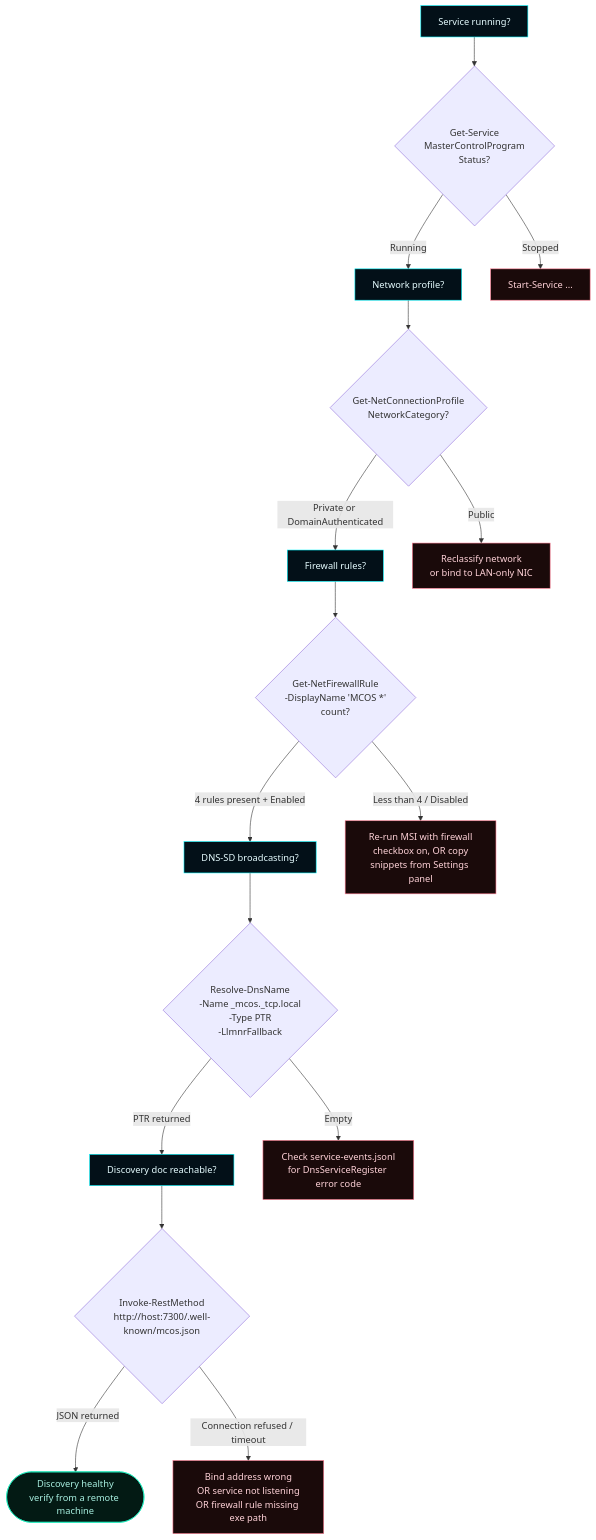
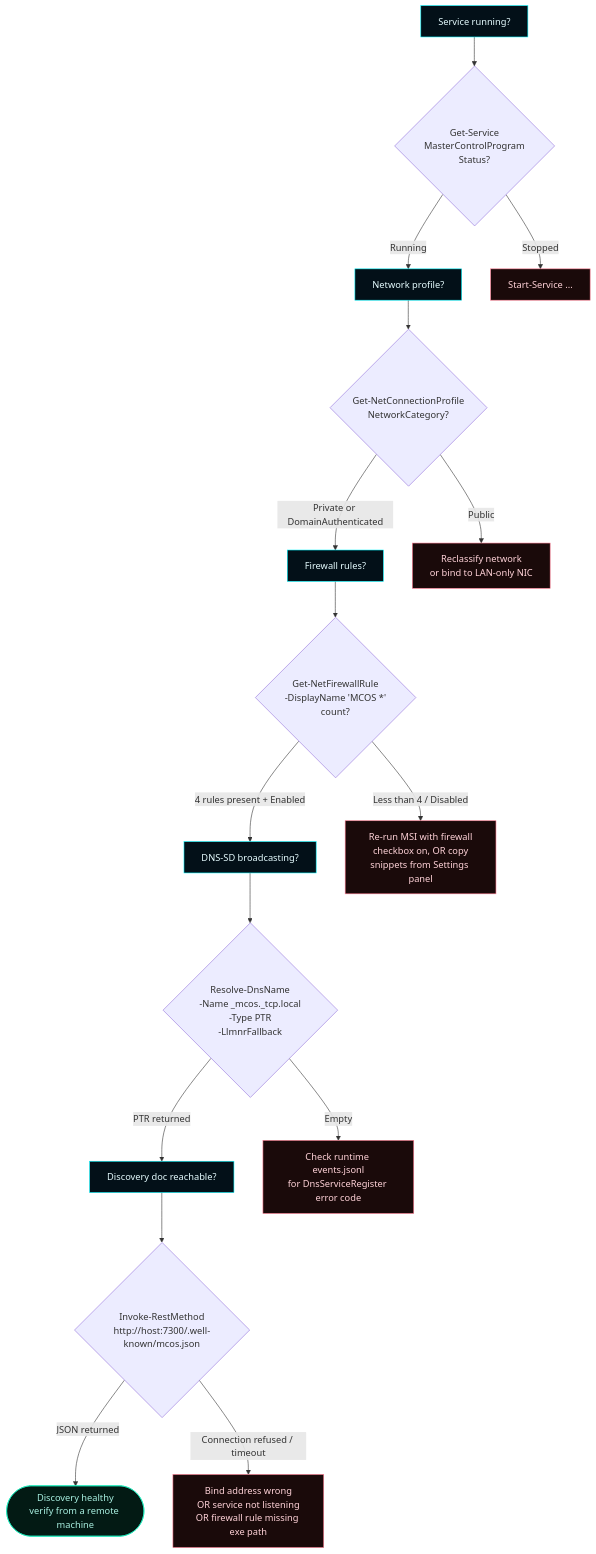
The eighth of 8 diagrams in docs/wiki/Troubleshooting.md (flynn33/Master-Control-Orchestration-Server), drawn with Mermaid before and after one commit. The commit also changed other lines of this file and 55 other files, not shown here.

````diff
--- a/docs/wiki/Troubleshooting.md
+++ b/docs/wiki/Troubleshooting.md
@@ -471,26 +471,26 @@
 ```mermaid
 flowchart TB
     classDef step fill:#031018,stroke:#00F6FF,color:#E6FCFF;
     classDef good fill:#031a14,stroke:#1cf2c1,color:#a8efe0;
     classDef bad fill:#1a0a0a,stroke:#ff7a90,color:#ffd2d8;
 
     A[Service running?]:::step --> A1{Get-Service<br/>MasterControlProgram<br/>Status?}
     A1 -->|Running| B[Network profile?]:::step
     A1 -->|Stopped| Aerr[Start-Service ...]:::bad
 
     B --> B1{Get-NetConnectionProfile<br/>NetworkCategory?}
     B1 -->|Private or DomainAuthenticated| C[Firewall rules?]:::step
     B1 -->|Public| Berr[Reclassify network<br/>or bind to LAN-only NIC]:::bad
 
     C --> C1{Get-NetFirewallRule<br/>-DisplayName 'MCOS *'<br/>count?}
     C1 -->|4 rules present + Enabled| D[DNS-SD broadcasting?]:::step
     C1 -->|Less than 4 / Disabled| Cerr[Re-run MSI with firewall<br/>checkbox on, OR copy<br/>snippets from Settings panel]:::bad
 
     D --> D1{Resolve-DnsName<br/>-Name _mcos._tcp.local<br/>-Type PTR<br/>-LlmnrFallback}
     D1 -->|PTR returned| E[Discovery doc reachable?]:::step
-    D1 -->|Empty| Derr[Check service-events.jsonl<br/>for DnsServiceRegister error code]:::bad
+    D1 -->|Empty| Derr[Check runtime events.jsonl<br/>for DnsServiceRegister error code]:::bad
 
     E --> E1{Invoke-RestMethod<br/>http://host:7300/.well-known/mcos.json}
     E1 -->|JSON returned| Done([Discovery healthy<br/>verify from a remote machine]):::good
     E1 -->|Connection refused / timeout| Eerr[Bind address wrong<br/>OR service not listening<br/>OR firewall rule missing exe path]:::bad
 ```
````
